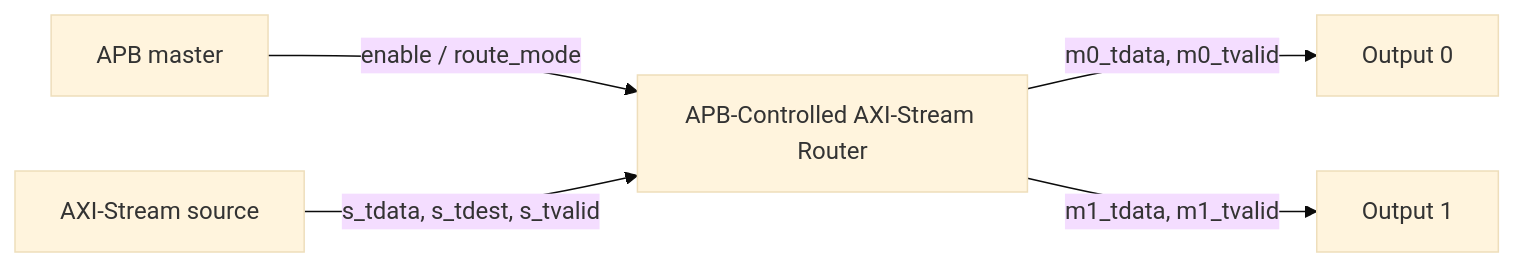
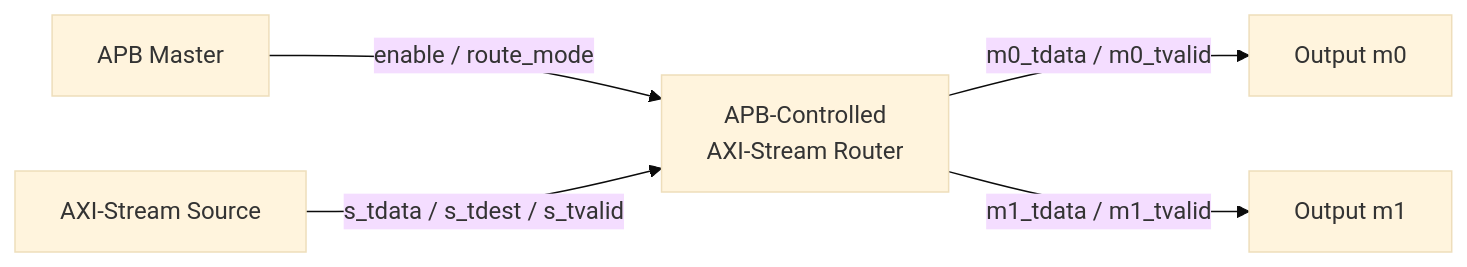
One commit to Yunis2026/apb_axis_router_verification changed the diagram in README.md. Above: the diagram before and after it, drawn with Mermaid (base theme). The commit also changed other lines of this file and 1 other file, not shown here.

Commit message:
Add scoreboard-based router verification

````diff
--- a/README.md
+++ b/README.md
@@ -11,7 +13,7 @@
 ```mermaid
 flowchart LR
-    APB["APB master"] -->|"enable / route_mode"| DUT["APB-Controlled AXI-Stream Router"]
-    SRC["AXI-Stream source"] -->|"s_tdata, s_tdest, s_tvalid"| DUT
-    DUT -->|"m0_tdata, m0_tvalid"| OUT0["Output 0"]
-    DUT -->|"m1_tdata, m1_tvalid"| OUT1["Output 1"]
+    APB["APB Master"] -->|"enable / route_mode"| DUT["APB-Controlled<br/>AXI-Stream Router"]
+    SRC["AXI-Stream Source"] -->|"s_tdata / s_tdest / s_tvalid"| DUT
+    DUT -->|"m0_tdata / m0_tvalid"| M0["Output m0"]
+    DUT -->|"m1_tdata / m1_tvalid"| M1["Output m1"]
 ```
````
